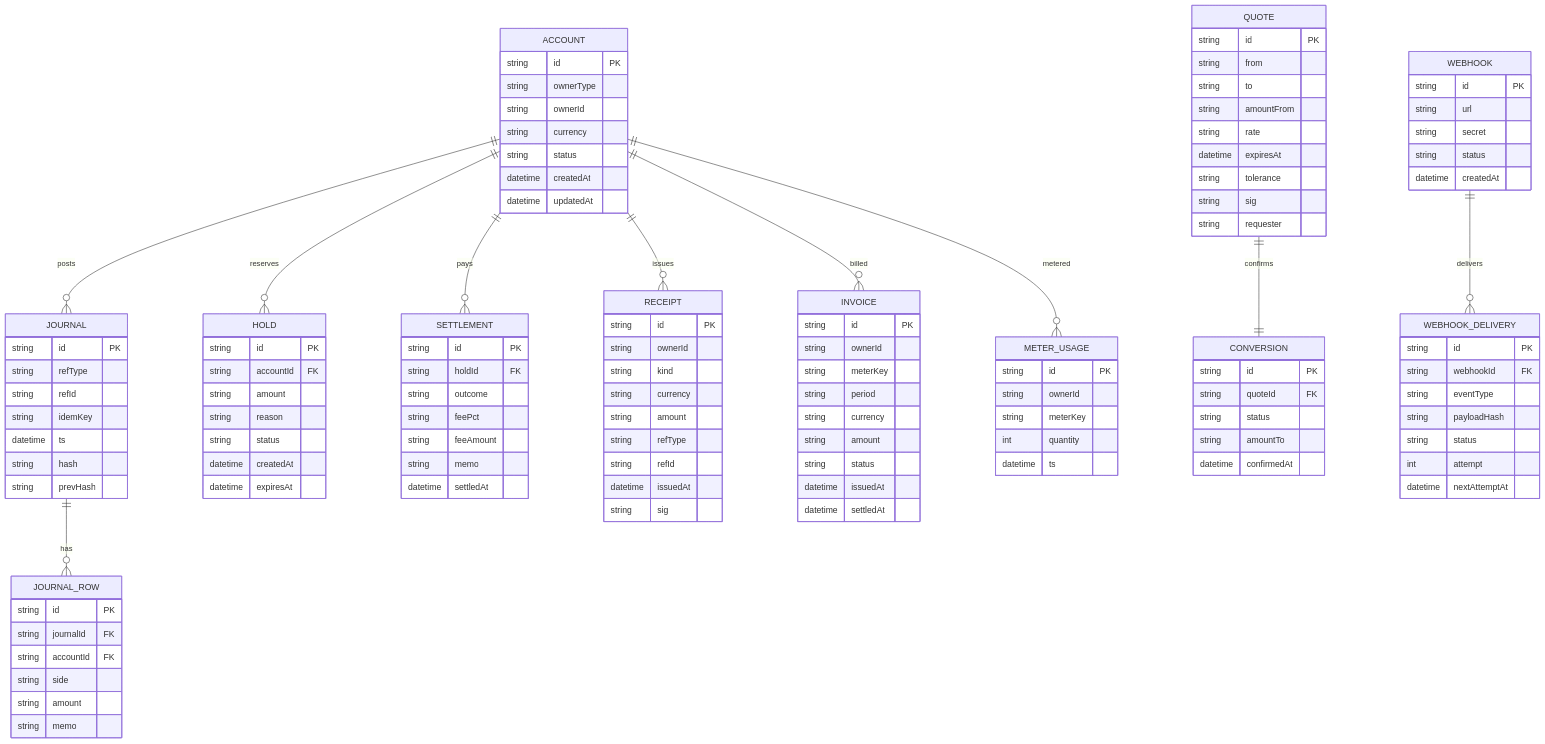
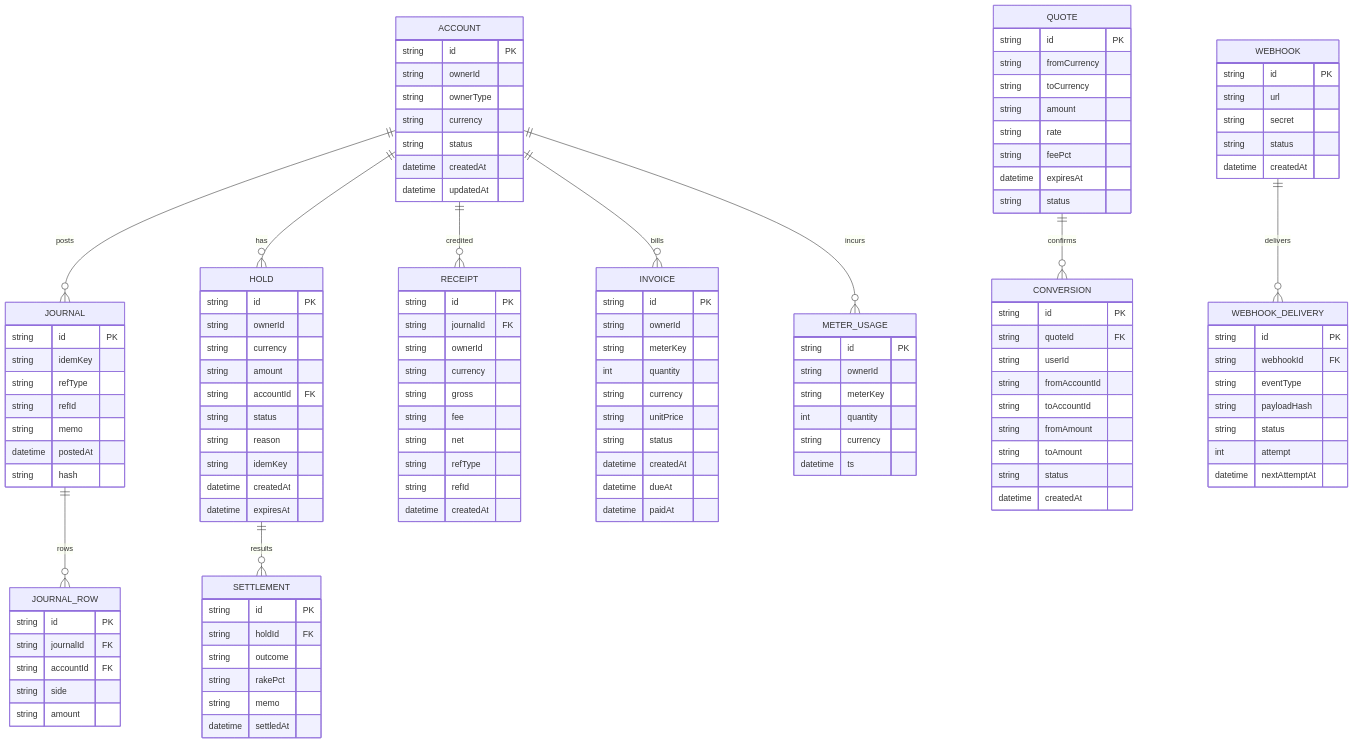
Before and after one commit to bkkac/tg-miniapp-payhub-service: the second of 5 diagrams in SystemDesign.md, drawn with Mermaid. The commit also changed other lines of this file, not shown here.

````diff
--- a/SystemDesign.md
+++ b/SystemDesign.md
@@ -118,19 +105,19 @@
 ```mermaid
 erDiagram
   ACCOUNT ||--o{ JOURNAL : posts
-  JOURNAL ||--o{ JOURNAL_ROW : has
-  ACCOUNT ||--o{ HOLD : reserves
-  ACCOUNT ||--o{ SETTLEMENT : pays
-  ACCOUNT ||--o{ RECEIPT : issues
-  QUOTE ||--|| CONVERSION : confirms
-  ACCOUNT ||--o{ INVOICE : billed
-  ACCOUNT ||--o{ METER_USAGE : metered
+  JOURNAL ||--o{ JOURNAL_ROW : rows
+  ACCOUNT ||--o{ HOLD : has
+  HOLD ||--o{ SETTLEMENT : results
+  ACCOUNT ||--o{ RECEIPT : credited
+  QUOTE ||--o{ CONVERSION : confirms
   WEBHOOK ||--o{ WEBHOOK_DELIVERY : delivers
+  ACCOUNT ||--o{ INVOICE : bills
+  ACCOUNT ||--o{ METER_USAGE : incurs
 
   ACCOUNT {
     string id PK
+    string ownerId
     string ownerType
-    string ownerId
     string currency
     string status
     datetime createdAt
@@ -138,12 +125,12 @@
   }
   JOURNAL {
     string id PK
+    string idemKey
     string refType
     string refId
-    string idemKey
-    datetime ts
+    string memo
+    datetime postedAt
     string hash
-    string prevHash
   }
   JOURNAL_ROW {
     string id PK
@@ -151,14 +138,16 @@
     string accountId FK
     string side
     string amount
-    string memo
   }
   HOLD {
     string id PK
+    string ownerId
+    string currency
+    string amount
     string accountId FK
-    string amount
+    string status
     string reason
-    string status
+    string idemKey
     datetime createdAt
     datetime expiresAt
   }
@@ -166,56 +155,61 @@
     string id PK
     string holdId FK
     string outcome
-    string feePct
-    string feeAmount
+    string rakePct
     string memo
     datetime settledAt
   }
   RECEIPT {
     string id PK
+    string journalId FK
     string ownerId
-    string kind
     string currency
-    string amount
+    string gross
+    string fee
+    string net
     string refType
     string refId
-    datetime issuedAt
-    string sig
+    datetime createdAt
   }
   QUOTE {
     string id PK
-    string from
-    string to
-    string amountFrom
+    string fromCurrency
+    string toCurrency
+    string amount
     string rate
+    string feePct
     datetime expiresAt
-    string tolerance
-    string sig
-    string requester
+    string status
   }
   CONVERSION {
     string id PK
     string quoteId FK
+    string userId
+    string fromAccountId
+    string toAccountId
+    string fromAmount
+    string toAmount
     string status
-    string amountTo
-    datetime confirmedAt
+    datetime createdAt
   }
   INVOICE {
     string id PK
     string ownerId
     string meterKey
-    string period
+    int quantity
     string currency
-    string amount
+    string unitPrice
     string status
-    datetime issuedAt
-    datetime settledAt
+    datetime createdAt
+    datetime dueAt
+    datetime paidAt
   }
   METER_USAGE {
     string id PK
     string ownerId
     string meterKey
     int quantity
+    string currency
     datetime ts
   }
   WEBHOOK {
````
